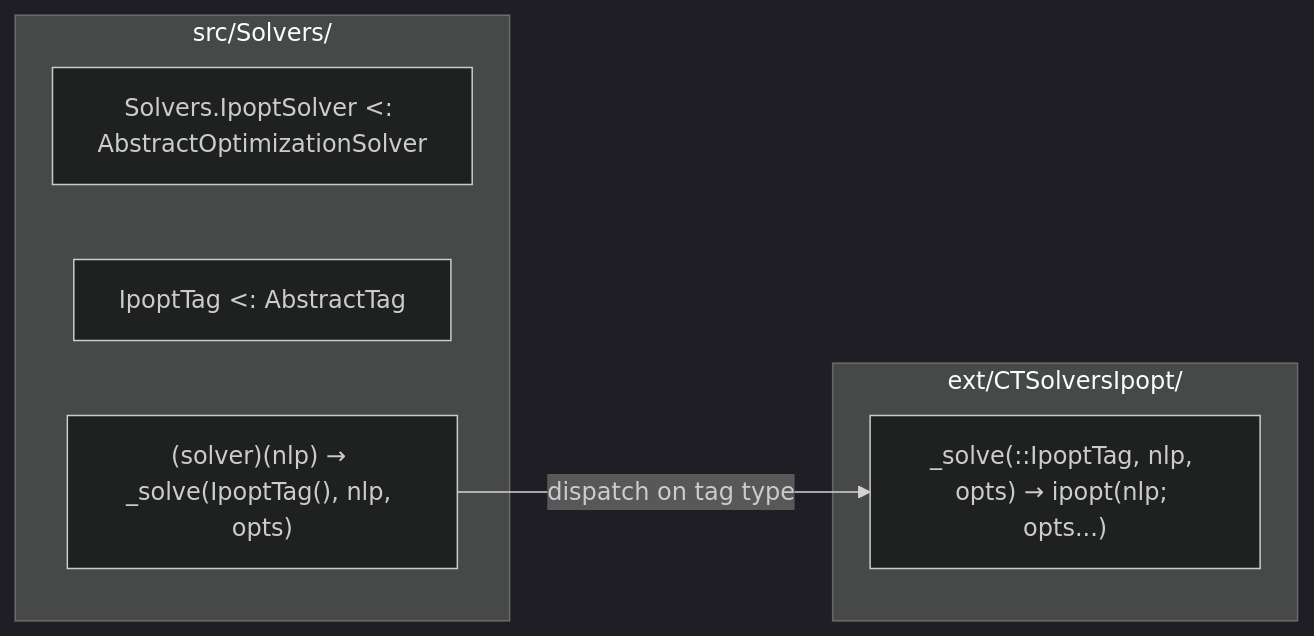
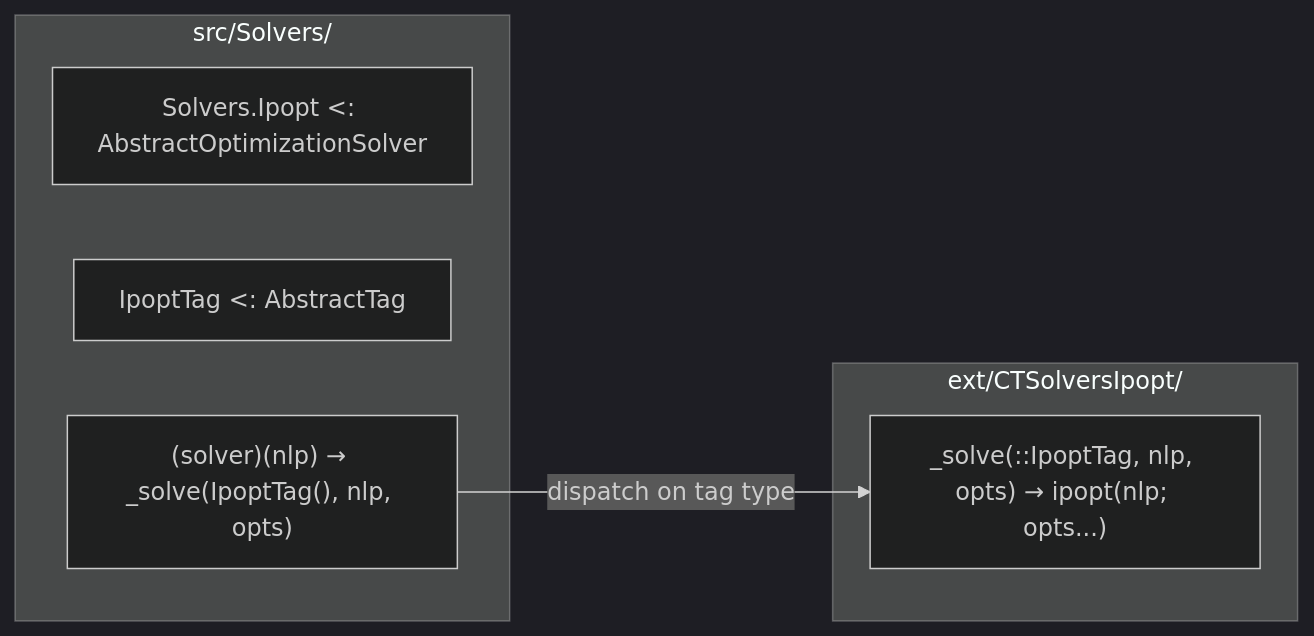
One commit to control-toolbox/CTSolvers.jl changed the sixth of 6 diagrams in docs/src/architecture.md. Above: the diagram before and after it, drawn with Mermaid (dark theme). The commit also changed other lines of this file and 32 other files, not shown here.

````diff
--- a/docs/src/architecture.md
+++ b/docs/src/architecture.md
@@ -248,14 +248,14 @@
 ```mermaid
 flowchart LR
     subgraph src["src/Solvers/"]
-        SolverType["Solvers.IpoptSolver <: AbstractOptimizationSolver"]
+        SolverType["Solvers.Ipopt <: AbstractOptimizationSolver"]
         Tag["IpoptTag <: AbstractTag"]
         Callable["(solver)(nlp) → _solve(IpoptTag(), nlp, opts)"]
     end
 
     subgraph ext["ext/CTSolversIpopt/"]
         Impl["_solve(::IpoptTag, nlp, opts) → ipopt(nlp; opts...)"]
     end
 
     Callable -->|"dispatch on tag type"| Impl
 ```
````
